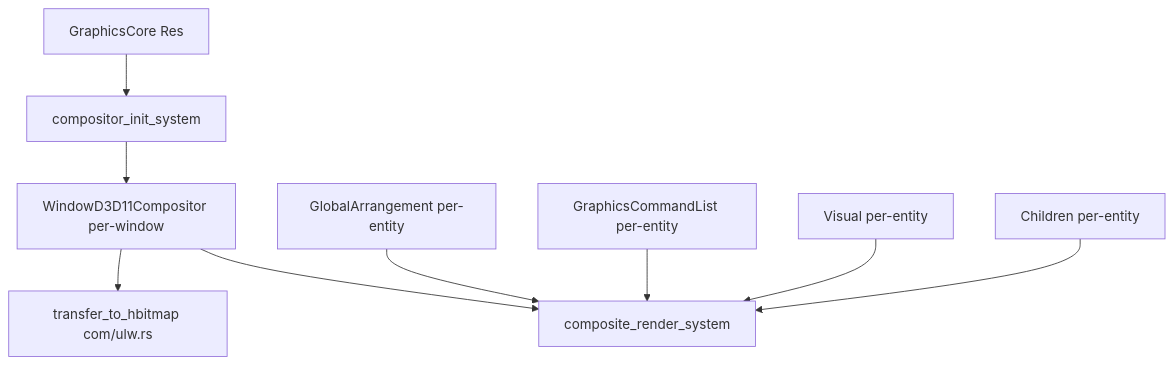
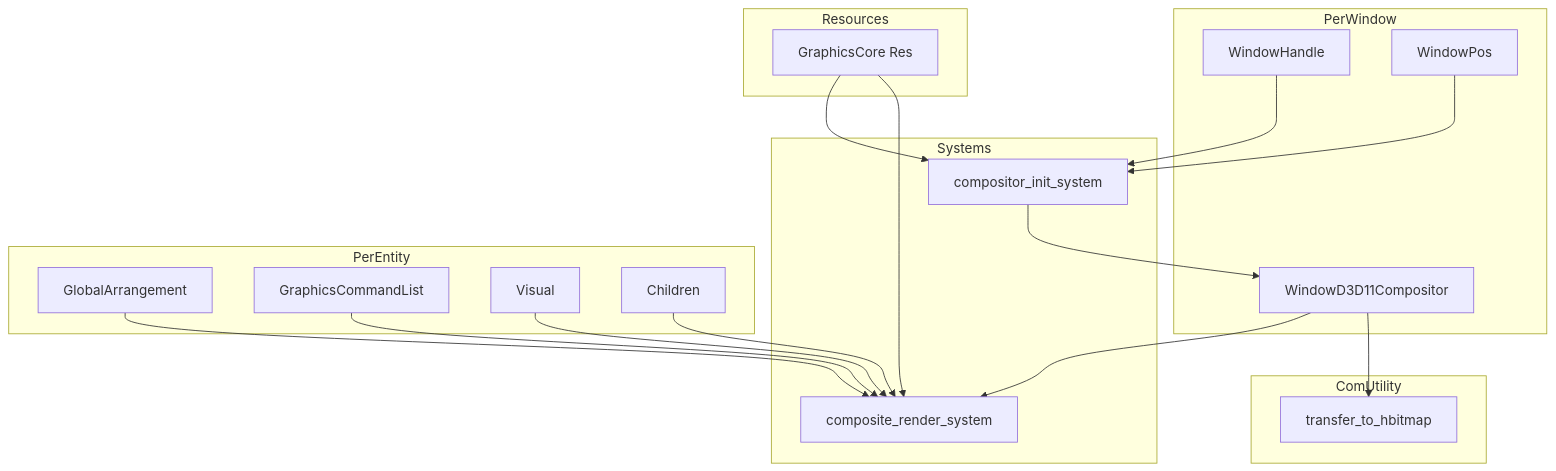
Before and after one commit to ekicyou/areka: the first of 3 diagrams in .kiro/specs/wintf-dcomp-migration-1-d2d1-composition/design.md, drawn with Mermaid. The commit also changed other lines of this file, not shown here.

````diff
--- a/.kiro/specs/wintf-dcomp-migration-1-d2d1-composition/design.md
+++ b/.kiro/specs/wintf-dcomp-migration-1-d2d1-composition/design.md
@@ -44,13 +53,42 @@
 ```mermaid
 graph TB
-    GC[GraphicsCore Res] --> CIS[compositor_init_system]
-    CIS --> WDC[WindowD3D11Compositor per-window]
+    subgraph Resources
+        GC[GraphicsCore Res]
+    end
 
-    WDC --> CRS[composite_render_system]
-    GA[GlobalArrangement per-entity] --> CRS
-    GCL[GraphicsCommandList per-entity] --> CRS
-    V[Visual per-entity] --> CRS
-    CH[Children per-entity] --> CRS
+    subgraph Systems
+        CIS[compositor_init_system]
+        CRS[composite_render_system]
+    end
 
-    WDC --> TTH[transfer_to_hbitmap com/ulw.rs]
+    subgraph PerWindow
+        WDC[WindowD3D11Compositor]
+        WH[WindowHandle]
+        WP[WindowPos]
+    end
+
+    subgraph PerEntity
+        GA[GlobalArrangement]
+        GCL[GraphicsCommandList]
+        V[Visual]
+        CH[Children]
+    end
+
+    subgraph ComUtility
+        TTH[transfer_to_hbitmap]
+    end
+
+    GC --> CIS
+    WH --> CIS
+    WP --> CIS
+    CIS --> WDC
+
+    GC --> CRS
+    WDC --> CRS
+    GA --> CRS
+    GCL --> CRS
+    V --> CRS
+    CH --> CRS
+
+    WDC --> TTH
 ```
````
